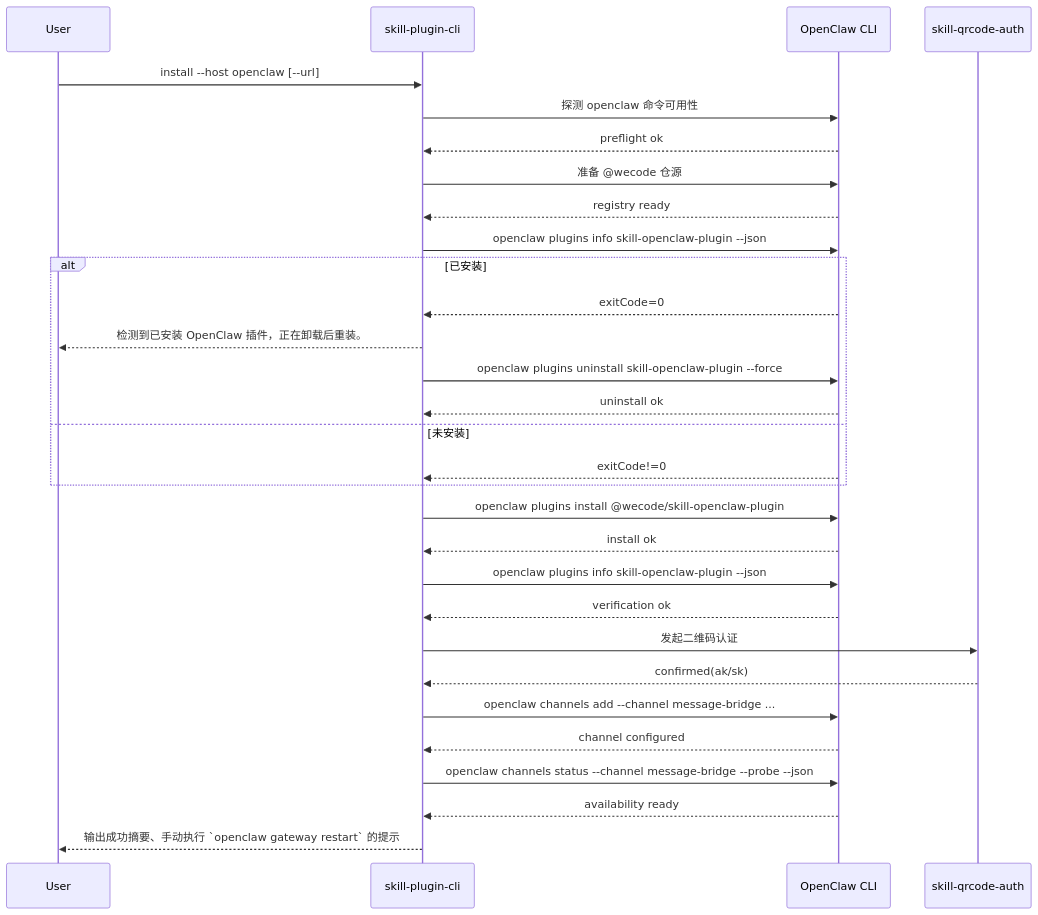
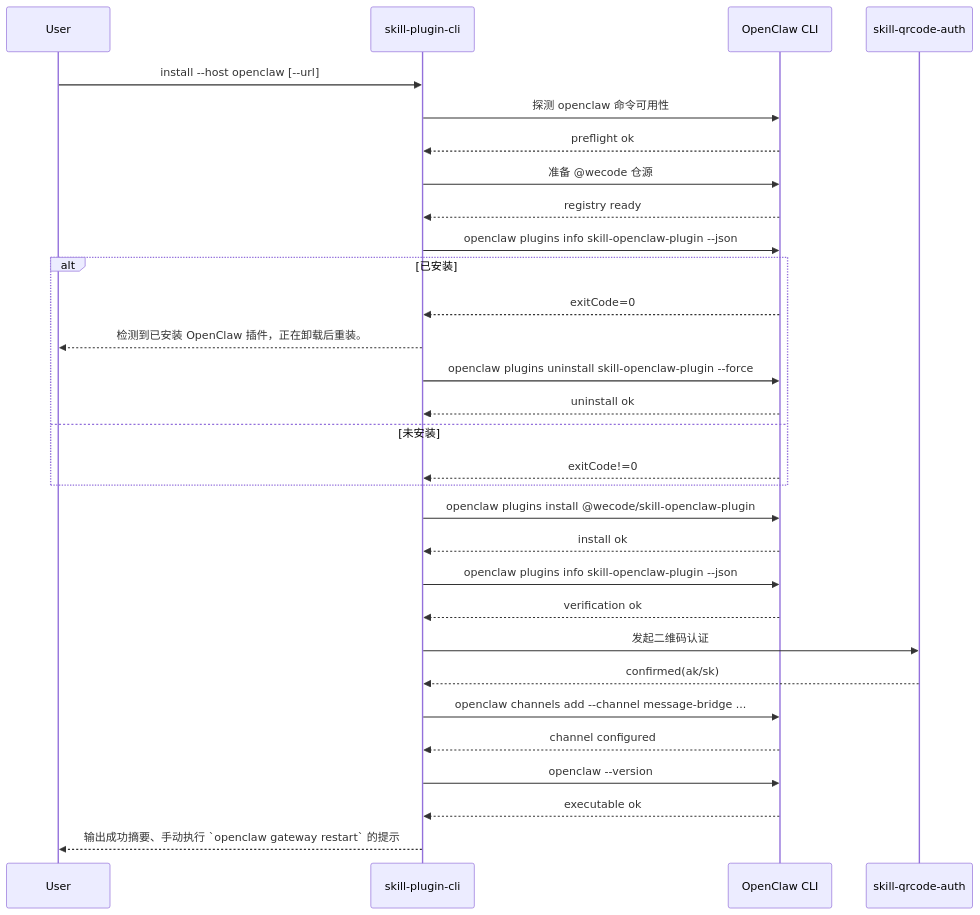
Before and after one commit to yuzhangCZ/agent-plugin: the fourth of 5 diagrams in docs/design/skill-plugin-cli-solution.md, drawn with Mermaid. The commit also changed other lines of this file and 7 other files, not shown here.

Commit message:
fix: relax openclaw availability confirmation

````diff
--- a/docs/design/skill-plugin-cli-solution.md
+++ b/docs/design/skill-plugin-cli-solution.md
@@ -614,33 +615,33 @@
 ```mermaid
 sequenceDiagram
   participant U as User
   participant CLI as skill-plugin-cli
   participant OC as OpenClaw CLI
   participant Auth as skill-qrcode-auth
 
   U->>CLI: install --host openclaw [--url]
   CLI->>OC: 探测 openclaw 命令可用性
   OC-->>CLI: preflight ok
   CLI->>OC: 准备 @wecode 仓源
   OC-->>CLI: registry ready
   CLI->>OC: openclaw plugins info skill-openclaw-plugin --json
   alt 已安装
     OC-->>CLI: exitCode=0
     CLI-->>U: 检测到已安装 OpenClaw 插件，正在卸载后重装。
     CLI->>OC: openclaw plugins uninstall skill-openclaw-plugin --force
     OC-->>CLI: uninstall ok
   else 未安装
     OC-->>CLI: exitCode!=0
   end
   CLI->>OC: openclaw plugins install @wecode/skill-openclaw-plugin
   OC-->>CLI: install ok
   CLI->>OC: openclaw plugins info skill-openclaw-plugin --json
   OC-->>CLI: verification ok
   CLI->>Auth: 发起二维码认证
   Auth-->>CLI: confirmed(ak/sk)
   CLI->>OC: openclaw channels add --channel message-bridge ...
   OC-->>CLI: channel configured
-  CLI->>OC: openclaw channels status --channel message-bridge --probe --json
-  OC-->>CLI: availability ready
+  CLI->>OC: openclaw --version
+  OC-->>CLI: executable ok
   CLI-->>U: 输出成功摘要、手动执行 `openclaw gateway restart` 的提示
 ```
````
